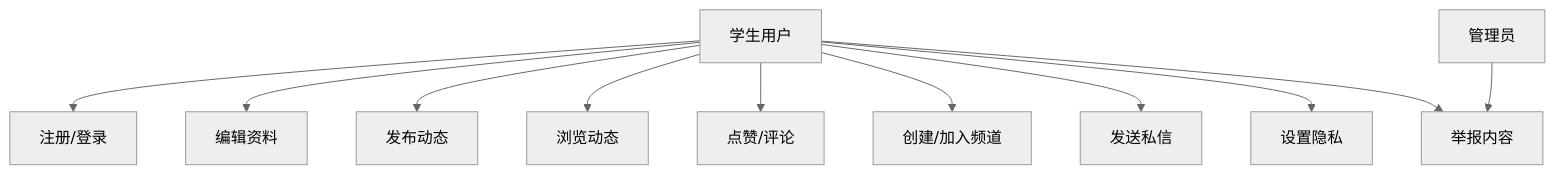
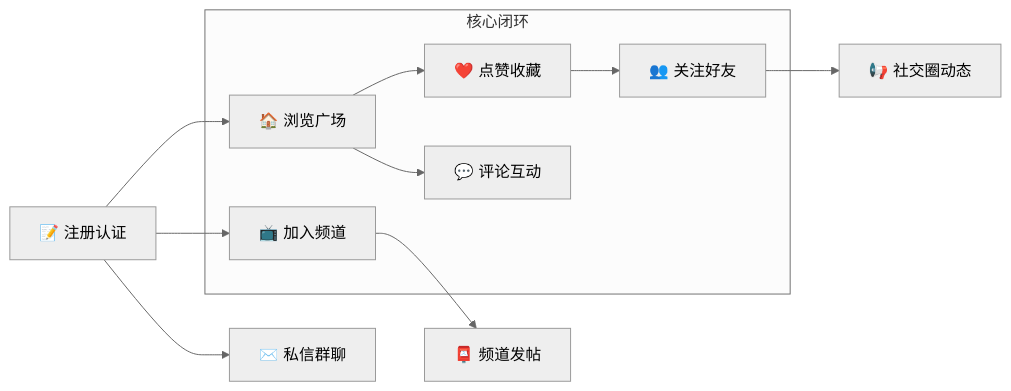
The second of 20 diagrams in WHU_Circle_需求建模文档.md (oliviawxx/whucircle), drawn with Mermaid (neutral theme) before and after one commit. The commit also changed other lines of this file and 21 other files, not shown here.

````diff
--- a/WHU_Circle_需求建模文档.md
+++ b/WHU_Circle_需求建模文档.md
@@ -119,13 +39,18 @@
 ```mermaid
-graph TD
-A[学生用户] --> UC1[注册/登录]
-A --> UC2[编辑资料]
-A --> UC3[发布动态]
-A --> UC4[浏览动态]
-A --> UC5[点赞/评论]
-A --> UC6[创建/加入频道]
-A --> UC7[发送私信]
-A --> UC8[设置隐私]
-A --> UC9[举报内容]
-B[管理员] --> UC9
+flowchart LR
+    A[📝 注册认证] --> B[🏠 浏览广场]
+    B --> C[❤️ 点赞收藏]
+    B --> D[💬 评论互动]
+    C --> E[👥 关注好友]
+    E --> F[📢 社交圈动态]
+    A --> G[📺 加入频道]
+    G --> H[📮 频道发帖]
+    A --> I[✉️ 私信群聊]
+    subgraph 核心闭环
+        B
+        C
+        D
+        E
+        G
+    end
 ```
````
